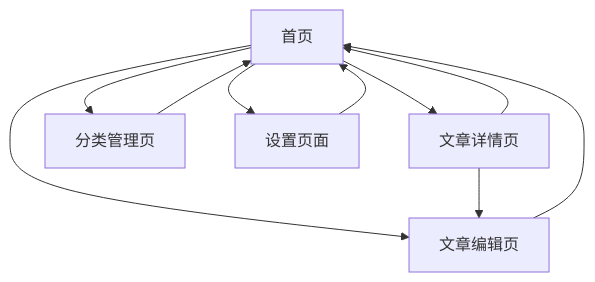
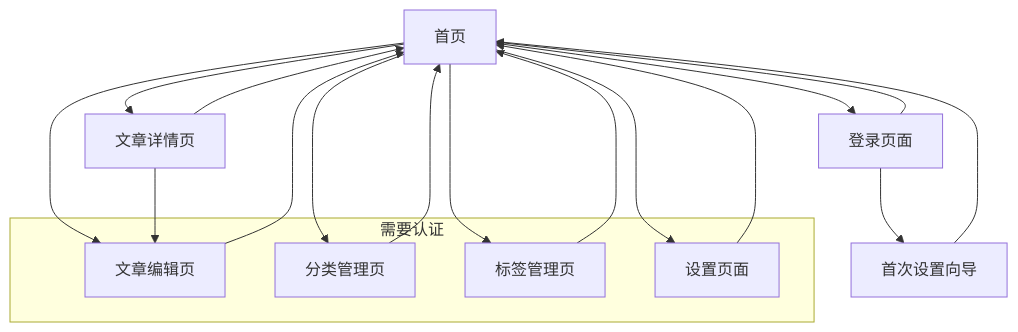
The diagram in .trae/documents/芥子博客产品需求文档.md (keveinliu/kokkos), drawn with Mermaid before and after one commit. The commit also changed other lines of this file and 19 other files, not shown here.

````diff
--- a/.trae/documents/芥子博客产品需求文档.md
+++ b/.trae/documents/芥子博客产品需求文档.md
@@ -47,12 +70,25 @@
 ```mermaid
 graph TD
     A[首页] --> B[文章详情页]
+    A --> F[登录页面]
+    F --> G[首次设置向导]
+    G --> A
+    F --> A
     A --> C[文章编辑页]
     A --> D[分类管理页]
+    A --> H[标签管理页]
     A --> E[设置页面]
     C --> A
     D --> A
+    H --> A
     E --> A
     B --> A
     B --> C
+    
+    subgraph "需要认证"
+        C
+        D
+        H
+        E
+    end
 ```
````
